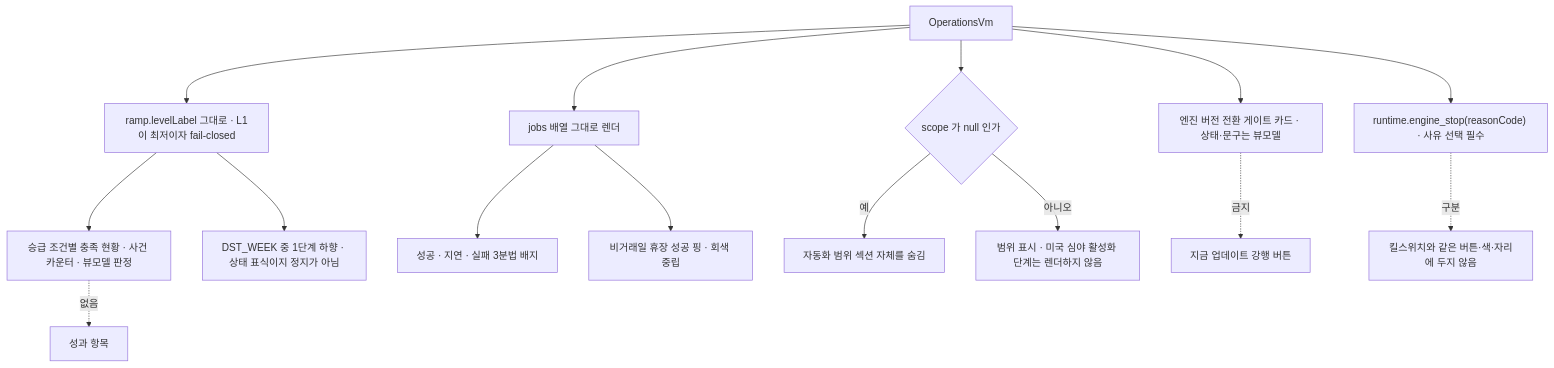
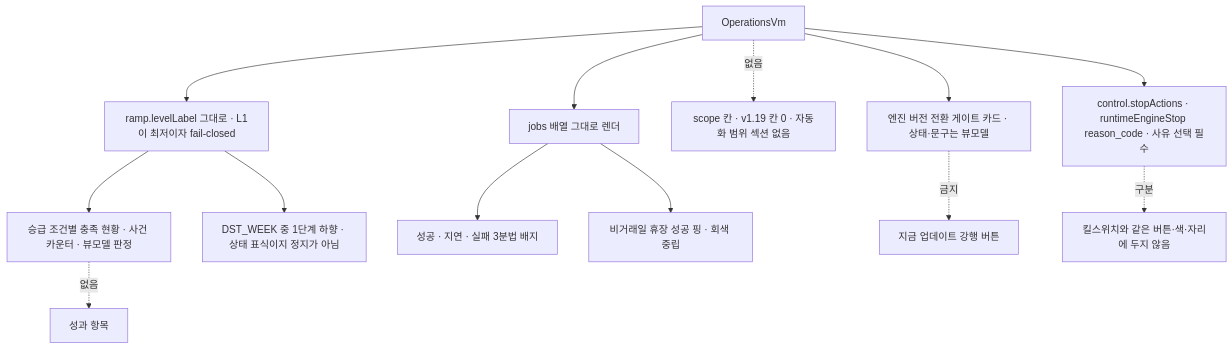
Diagram 12 of 24 in docs/ai-context/05_화면명세_M9_설정_관리자.md (billybeom/AutoAlphaQuant), drawn with Mermaid before and after one commit. The commit also changed other lines of this file and 4 other files, not shown here.

````diff
--- a/docs/ai-context/05_화면명세_M9_설정_관리자.md
+++ b/docs/ai-context/05_화면명세_M9_설정_관리자.md
@@ -489,17 +494,15 @@
 ```mermaid
 flowchart TD
   VM["OperationsVm"] --> RAMP["ramp.levelLabel 그대로 · L1이 최저이자 fail-closed"]
   RAMP --> COND["승급 조건별 충족 현황 · 사건 카운터 · 뷰모델 판정"]
   COND -.->|"없음"| PERF["성과 항목"]
   RAMP --> DST["DST_WEEK 중 1단계 하향 · 상태 표식이지 정지가 아님"]
   VM --> JOBS["jobs 배열 그대로 렌더"]
   JOBS --> J3["성공 · 지연 · 실패 3분법 배지"]
   JOBS --> HOL["비거래일 휴장 성공 핑 · 회색 중립"]
-  VM --> SCOPE{"scope 가 null 인가"}
-  SCOPE -->|"예"| HIDE["자동화 범위 섹션 자체를 숨김"]
-  SCOPE -->|"아니오"| SHOW["범위 표시 · 미국 심야 활성화 단계는 렌더하지 않음"]
+  VM -.->|"없음"| SCOPE["scope 칸 · v1.19 칸 0 · 자동화 범위 섹션 없음"]
   VM --> UPD["엔진 버전 전환 게이트 카드 · 상태·문구는 뷰모델"]
   UPD -.->|"금지"| FORCE["지금 업데이트 강행 버튼"]
-  VM --> STOP["runtime.engine_stop(reasonCode) · 사유 선택 필수"]
+  VM --> STOP["control.stopActions · runtimeEngineStop reason_code · 사유 선택 필수"]
   STOP -.->|"구분"| KSW["킬스위치와 같은 버튼·색·자리에 두지 않음"]
 ```
````
